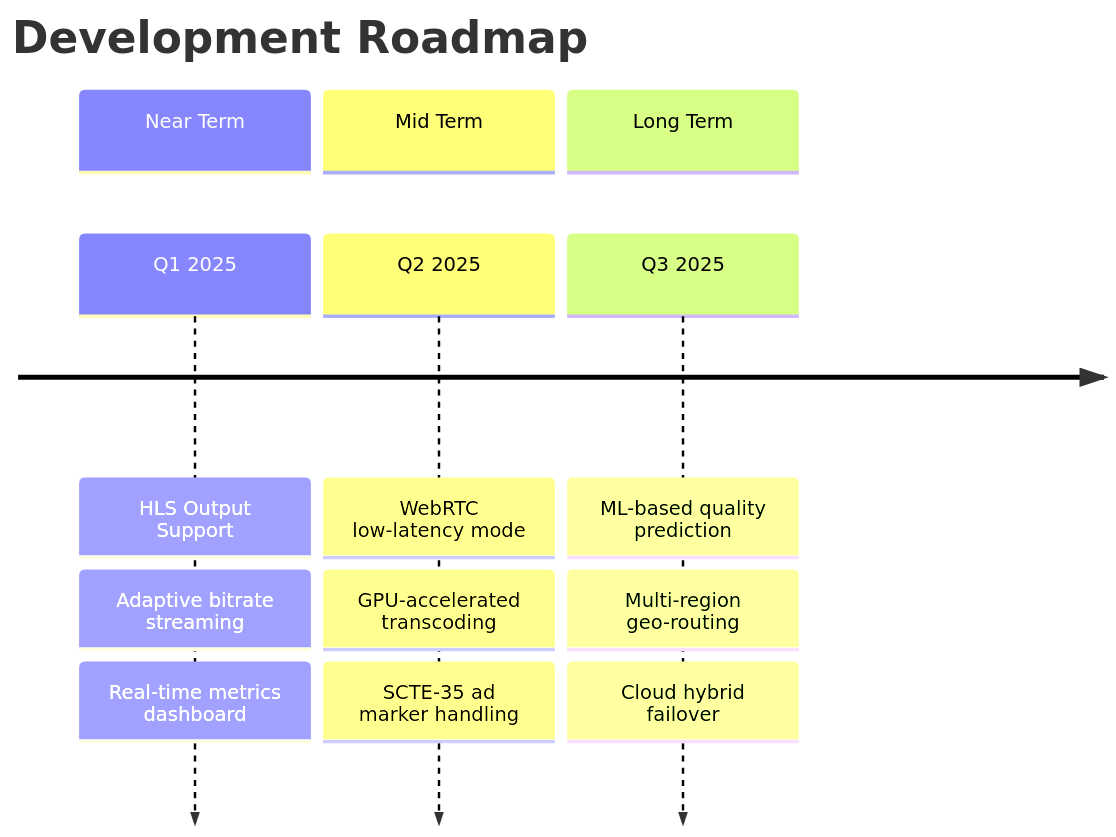
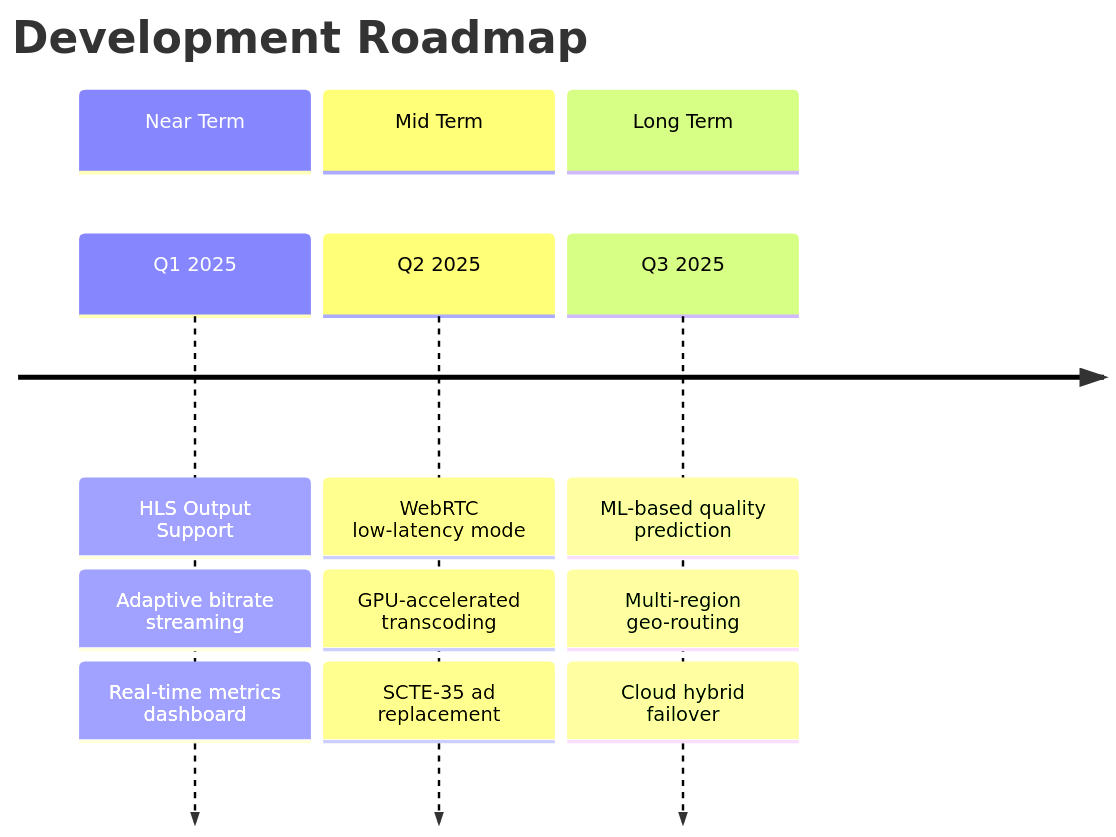
One commit to magyargergo/Jellyfin.Xtream changed the ninth of 11 diagrams in README.md. Above: the diagram before and after it, drawn with Mermaid. The commit also changed other lines of this file and 29 other files, not shown here.

````diff
--- a/README.md
+++ b/README.md
@@ -698,16 +757,16 @@
 ```mermaid
 timeline
     title Development Roadmap
     section Near Term
         Q1 2025 : HLS Output Support
                 : Adaptive bitrate streaming
                 : Real-time metrics dashboard
     section Mid Term
         Q2 2025 : WebRTC low-latency mode
                 : GPU-accelerated transcoding
-                : SCTE-35 ad marker handling
+                : SCTE-35 ad replacement
     section Long Term
         Q3 2025 : ML-based quality prediction
                 : Multi-region geo-routing
                 : Cloud hybrid failover
 ```
````
